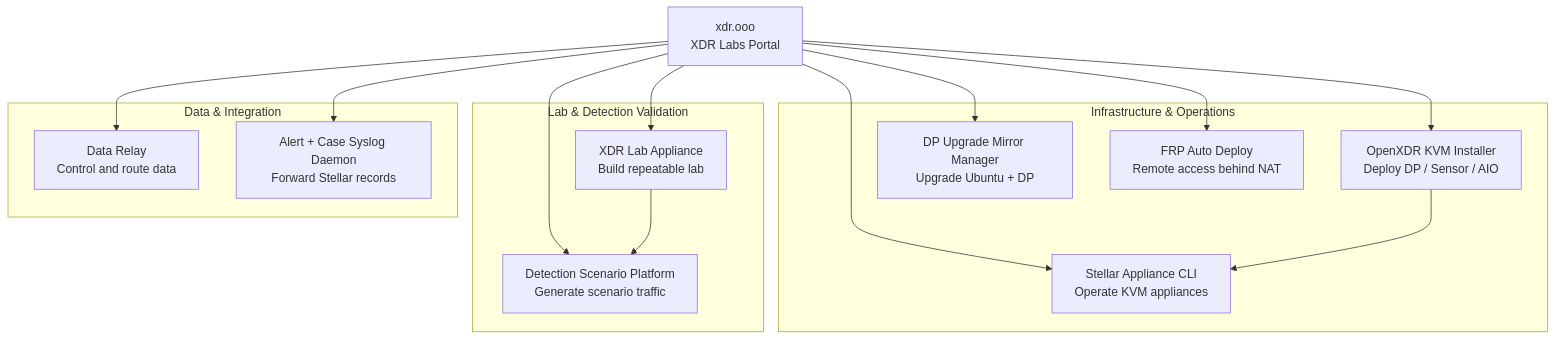
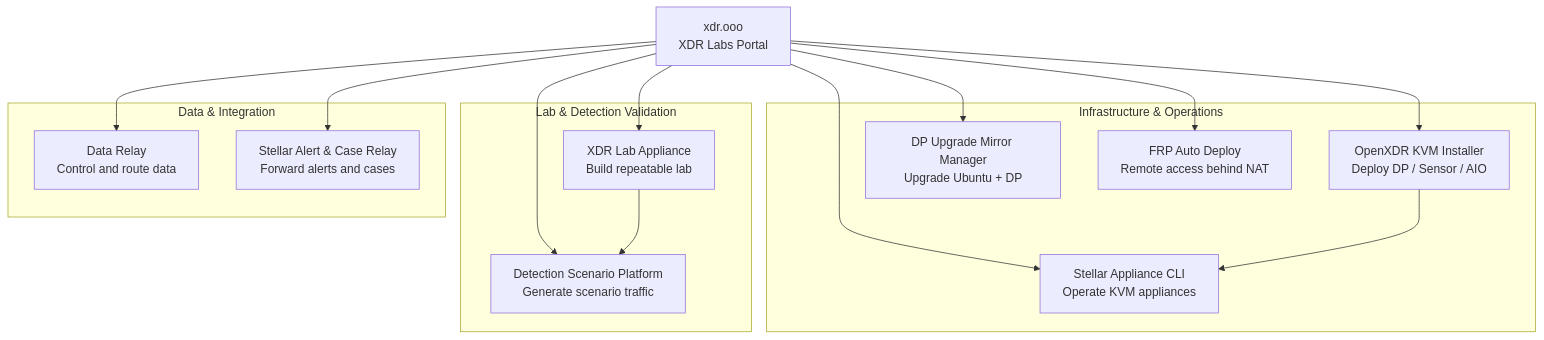
One commit to xdr-labs/xdr-labs-portal changed the diagram in index.mdx. Above: the diagram before and after it, drawn with Mermaid. The commit also changed other lines of this file, not shown here.

Commit message:
docs: add Stellar Alert & Case Relay to XDR Labs portal

````diff
--- a/index.mdx
+++ b/index.mdx
@@ -102,33 +109,33 @@
 ```mermaid
 flowchart TD
     P[xdr.ooo\nXDR Labs Portal]
 
     subgraph INFRA[Infrastructure & Operations]
       KVM[OpenXDR KVM Installer\nDeploy DP / Sensor / AIO]
       UPG[DP Upgrade Mirror Manager\nUpgrade Ubuntu + DP]
       CLI[Stellar Appliance CLI\nOperate KVM appliances]
       FRP[FRP Auto Deploy\nRemote access behind NAT]
     end
 
     subgraph LAB[Lab & Detection Validation]
       XLAB[XDR Lab Appliance\nBuild repeatable lab]
       DSP[Detection Scenario Platform\nGenerate scenario traffic]
     end
 
     subgraph DATA[Data & Integration]
       DR[Data Relay\nControl and route data]
-      SYS[Alert + Case Syslog Daemon\nForward Stellar records]
+      SYS[Stellar Alert & Case Relay\nForward alerts and cases]
     end
 
     P --> KVM
     P --> UPG
     P --> CLI
     P --> FRP
     P --> XLAB
     P --> DSP
     P --> DR
     P --> SYS
 
     KVM --> CLI
     XLAB --> DSP
 ```
````
